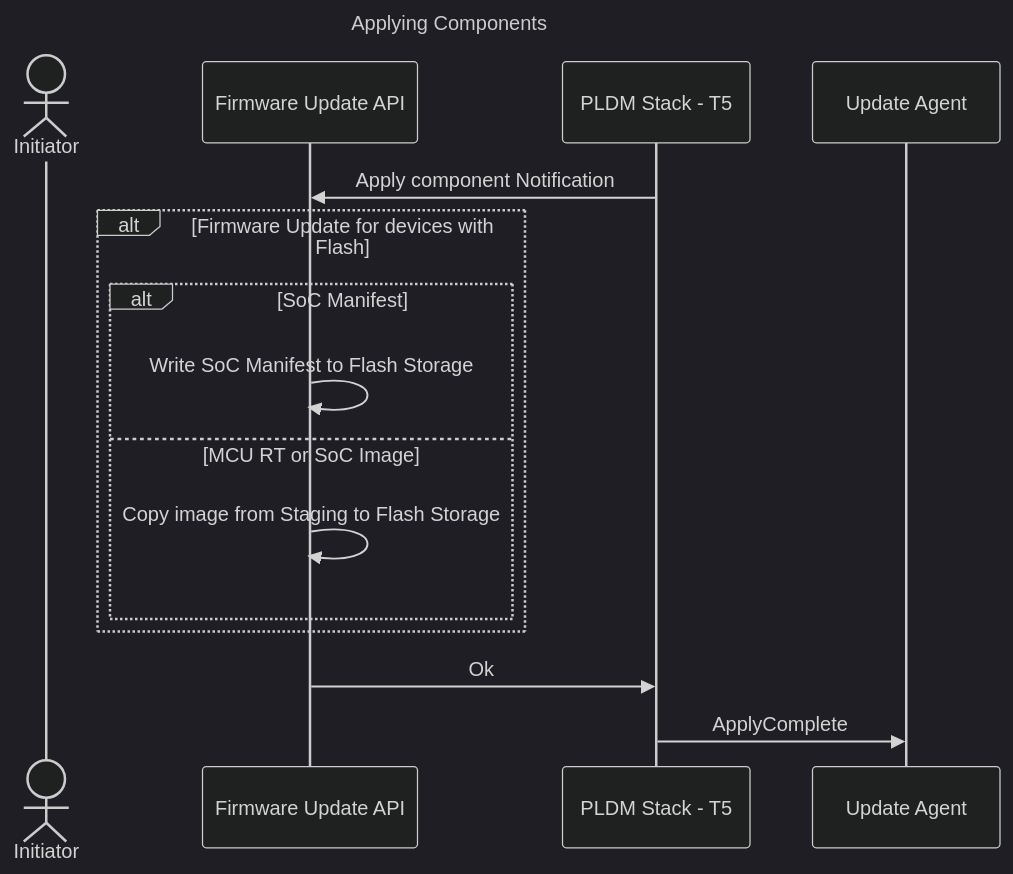
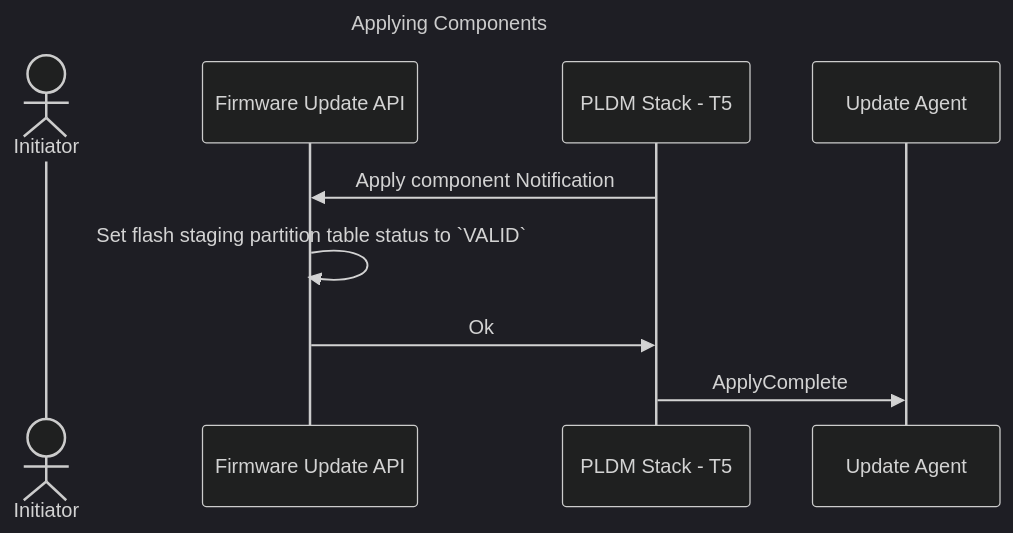
The eighth of 9 diagrams in docs/src/firmware_update.md (chipsalliance/caliptra-mcu-sw), drawn with Mermaid (dark theme) before and after one commit. The commit also changed other lines of this file, not shown here.

First line of the commit message:
Firmware Update Spec Update

````diff
--- a/docs/src/firmware_update.md
+++ b/docs/src/firmware_update.md
@@ -171,22 +153,16 @@
 ```mermaid
 sequenceDiagram
     title Applying Components
 
     actor App as Initiator
     participant API as Firmware Update API
     participant Firmware as PLDM Stack - T5
     participant PLDM as Update Agent
 
     Firmware->>API: Apply component Notification
-    alt Firmware Update for devices with Flash
-        alt SoC Manifest
-            API->>API: Write SoC Manifest to Flash Storage
-        else MCU RT or SoC Image
-            API->>API: Copy image from Staging to Flash Storage
-        end
-    end
+    API->>API: Set flash staging partition table status to `VALID`
 
     API->>Firmware: Ok
     Firmware->>PLDM: ApplyComplete
 
 ```
````
